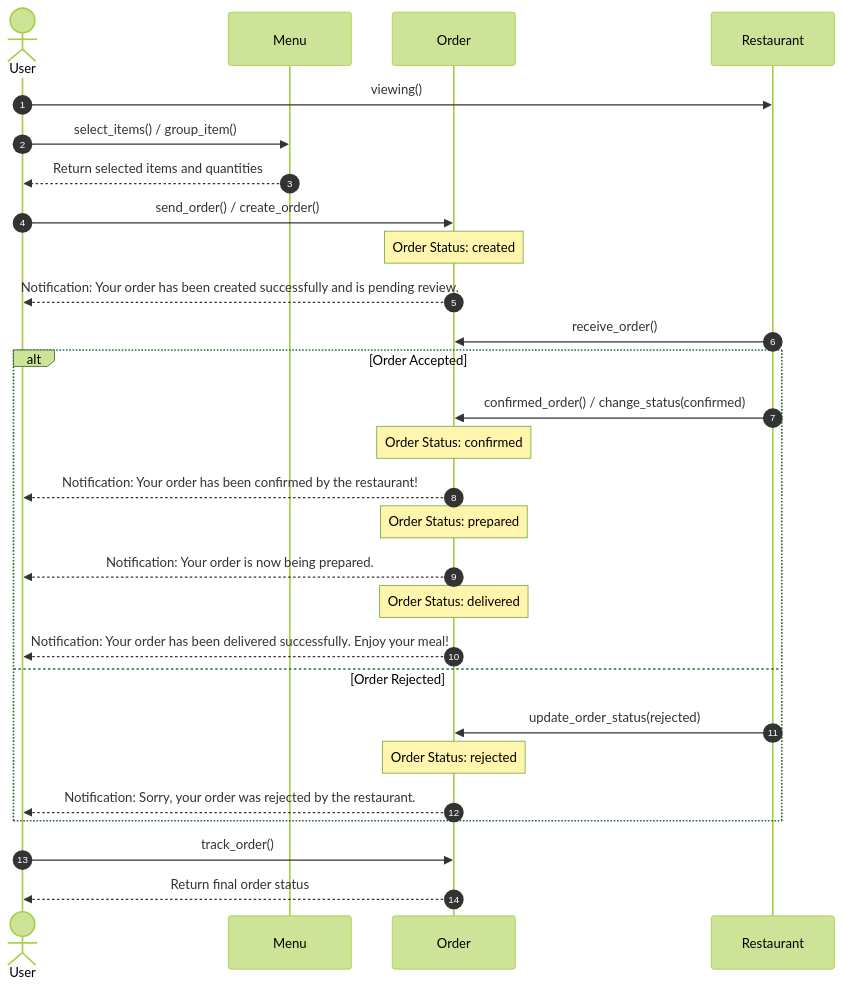
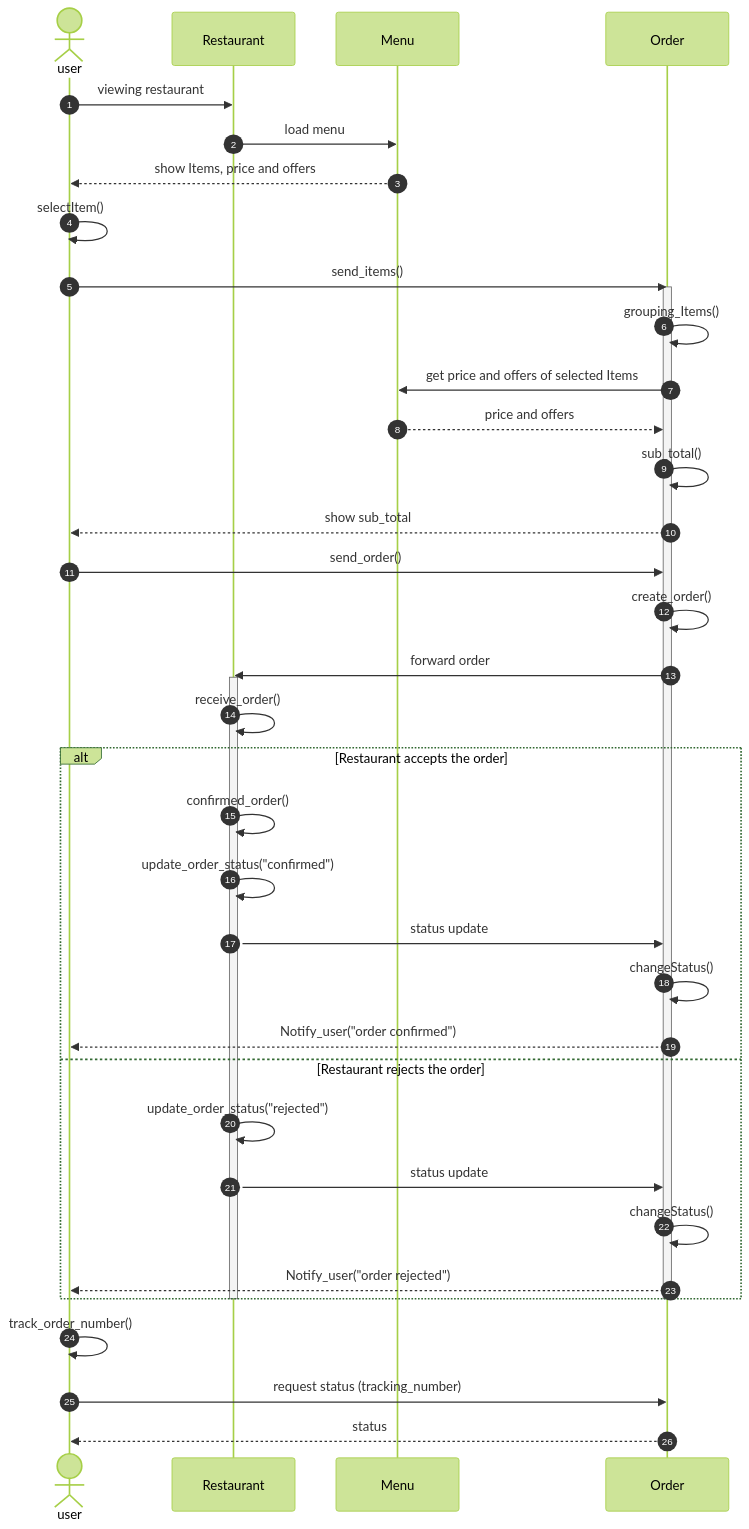
Before and after one commit to Tmadeer/Architecture_Plan_For_FoodDeliveryPlatform: the diagram in diagramsUML/sequenceDiagramFood.mmd, drawn with Mermaid (forest theme). The commit also changed 1 other file, not shown here.

```diff
--- a/diagramsUML/sequenceDiagramFood.mmd
+++ b/diagramsUML/sequenceDiagramFood.mmd
@@ -1,41 +1,42 @@
 sequenceDiagram
-    autonumber
-    actor User as User
-    participant Menu as Menu
-    participant Order as Order
-    participant Restaurant as Restaurant
+autonumber
+actor U as user
+participant R as Restaurant
+participant M as Menu
+participant O as Order
 
-    %% 1. Browsing & Selection Phase
-    User->>Restaurant: viewing()
-    User->>Menu: select_items() / group_item()
-    Menu-->>User: Return selected items and quantities
+U->>R: viewing restaurant
+R->>M: load menu
+M-->>U: show Items, price and offers
+U->>U: selectItem()
+U->>O: send_items()
+activate O
+O->>O: grouping_Items()
+O->>M: get price and offers of selected Items
+M-->>O: price and offers
+O->>O: sub_total()
+O-->>U: show sub_total
+U->>O: send_order()
+O->>O: create_order()
+O->>R: forward order
+activate R
+R->>R: receive_order()
 
-    %% 2. Order Creation Phase
-    User->>Order: send_order() / create_order()
-    Note over Order: Order Status: created
-    Order-->>User: Notification: Your order has been created successfully and is pending review.
+alt Restaurant accepts the order
+    R->>R: confirmed_order()
+    R->>R: update_order_status("confirmed")
+    R->>O: status update
+    O->>O: changeStatus()
+    O-->>U: Notify_user("order confirmed")
+else Restaurant rejects the order
+    R->>R: update_order_status("rejected")
+    R->>O: status update
+    O->>O: changeStatus()
+    O-->>U: Notify_user("order rejected")
+end
 
-    %% 3. Restaurant Decision (Accept / Reject)
-    Restaurant->>Order: receive_order()
-    
-    alt Order Accepted
-        Restaurant->>Order: confirmed_order() / change_status(confirmed)
-        Note over Order: Order Status: confirmed
-        Order-->>User: Notification: Your order has been confirmed by the restaurant!
-
-        %% Order Progression States
-        Note over Order: Order Status: prepared
-        Order-->>User: Notification: Your order is now being prepared.
-
-        Note over Order: Order Status: delivered
-        Order-->>User: Notification: Your order has been delivered successfully. Enjoy your meal!
-
-    else Order Rejected
-        Restaurant->>Order: update_order_status(rejected)
-        Note over Order: Order Status: rejected
-        Order-->>User: Notification: Sorry, your order was rejected by the restaurant.
-    end
-
-    %% 4. Tracking Phase
-    User->>Order: track_order()
-    Order-->>User: Return final order status
+deactivate R
+deactivate O
+U->>U: track_order_number()
+U->>O: request status (tracking_number)
+O-->>U: status
```
